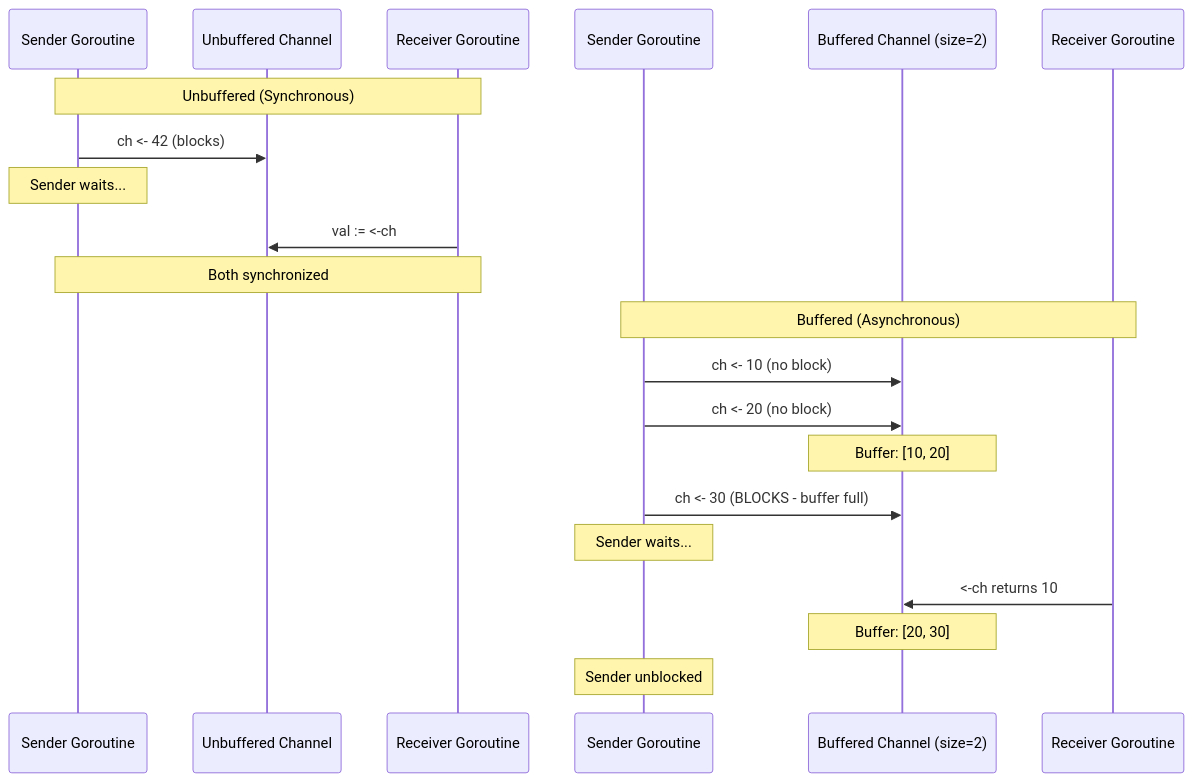
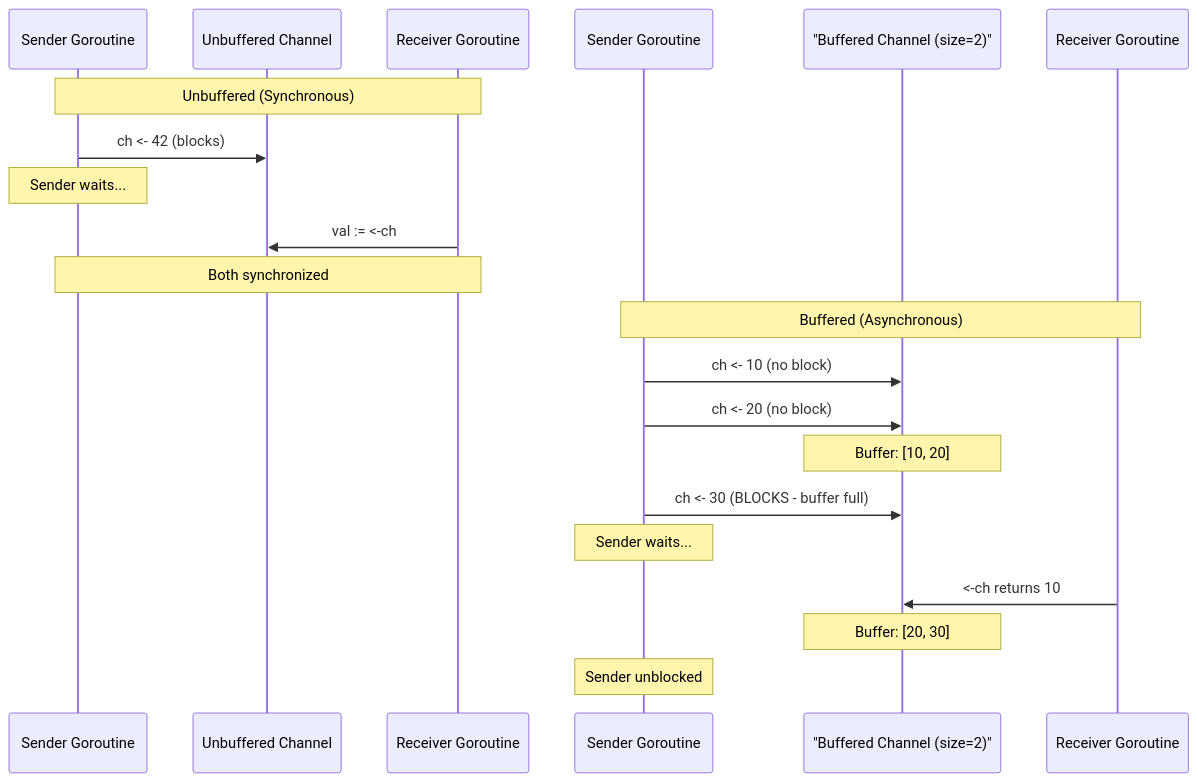
The third of 4 diagrams in apps/ayokoding-web/content/en/learn/software-engineering/programming-languages/golang/how-to/cookbook.md (wahidyankf/open-sharia-enterprise), drawn with Mermaid before and after one commit. The commit also changed 17 other files, not shown here.

First line of the commit message:
fix(ayokoding-web): fix all Mermaid diagram syntax errors across site

````diff
--- a/apps/ayokoding-web/content/en/learn/software-engineering/programming-languages/golang/how-to/cookbook.md
+++ b/apps/ayokoding-web/content/en/learn/software-engineering/programming-languages/golang/how-to/cookbook.md
@@ -2659,25 +2659,25 @@
 ```mermaid
 sequenceDiagram
     participant S1 as Sender Goroutine
     participant UB as Unbuffered Channel
     participant R1 as Receiver Goroutine
     participant S2 as Sender Goroutine
-    participant BC as Buffered Channel (size=2)
+    participant BC as "Buffered Channel (size=2)"
     participant R2 as Receiver Goroutine
 
-    Note over S1,R1: Unbuffered (Synchronous)
+    Note over S1,R1: Unbuffered #40;Synchronous#41;
     S1->>UB: ch <- 42 (blocks)
     Note over S1: Sender waits...
     R1->>UB: val := <-ch
     Note over S1,R1: Both synchronized
 
-    Note over S2,R2: Buffered (Asynchronous)
+    Note over S2,R2: Buffered #40;Asynchronous#41;
     S2->>BC: ch <- 10 (no block)
     S2->>BC: ch <- 20 (no block)
     Note over BC: Buffer: [10, 20]
     S2->>BC: ch <- 30 (BLOCKS - buffer full)
     Note over S2: Sender waits...
     R2->>BC: <-ch returns 10
     Note over BC: Buffer: [20, 30]
     Note over S2: Sender unblocked
 ```
````
